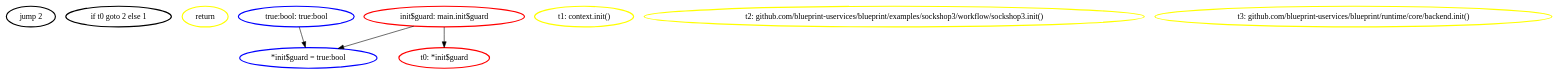
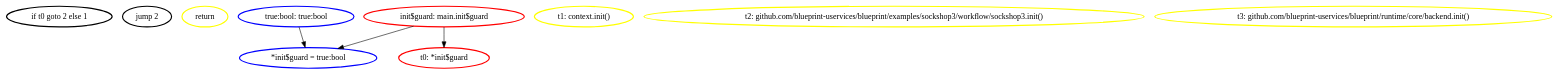
The diagram in ssa_analysis/analyzer/output/sockshop3/ssagraphs/main.init.dot (aletheia-microservices/aletheia), drawn with Graphviz before and after one commit. The commit also changed 419 other files, not shown here.

```diff
--- a/ssa_analysis/analyzer/output/sockshop3/ssagraphs/main.init.dot
+++ b/ssa_analysis/analyzer/output/sockshop3/ssagraphs/main.init.dot
@@ -1,20 +1,20 @@
 digraph G {
 	rankdir=TD;
-	N_instr__1035127335 [label="jump 2", style=bold, shape=ellipse, color="black"];
-	N_instr__1035127335 [label="jump 2", style=bold, shape=ellipse, color="black"];
-	N_instr__1952938122 [label="if t0 goto 2 else 1", style=bold, shape=ellipse, color="black"];
-	N_instr__1952938122 [label="if t0 goto 2 else 1", style=bold, shape=ellipse, color="black"];
-	N_instr_ret_886135956 [label="return", style=bold, shape=ellipse, color="yellow"];
-	N_instr_ret_886135956 [label="return", style=bold, shape=ellipse, color="yellow"];
-	N_instr_store_99562446 [label="*init$guard = true:bool", style=bold, shape=ellipse, color="blue"];
-	N_instr_store_99562446 [label="*init$guard = true:bool", style=bold, shape=ellipse, color="blue"];
+	N_instr__754195060 [label="if t0 goto 2 else 1", style=bold, shape=ellipse, color="black"];
+	N_instr__754195060 [label="if t0 goto 2 else 1", style=bold, shape=ellipse, color="black"];
+	N_instr__869870142 [label="jump 2", style=bold, shape=ellipse, color="black"];
+	N_instr__869870142 [label="jump 2", style=bold, shape=ellipse, color="black"];
+	N_instr_ret_3839790 [label="return", style=bold, shape=ellipse, color="yellow"];
+	N_instr_ret_3839790 [label="return", style=bold, shape=ellipse, color="yellow"];
+	N_instr_store_1605861640 [label="*init$guard = true:bool", style=bold, shape=ellipse, color="blue"];
+	N_instr_store_1605861640 [label="*init$guard = true:bool", style=bold, shape=ellipse, color="blue"];
 	N_val_callt1 [label="t1: context.init()", style=bold, shape=ellipse, color="yellow"];
 	N_val_callt2 [label="t2: github.com/blueprint-uservices/blueprint/examples/sockshop3/workflow/sockshop3.init()", style=bold, shape=ellipse, color="yellow"];
 	N_val_callt3 [label="t3: github.com/blueprint-uservices/blueprint/runtime/core/backend.init()", style=bold, shape=ellipse, color="yellow"];
 	N_val_globinit_guard [label="init$guard: main.init$guard", style=bold, shape=ellipse, color="red"];
 	N_val_true_bool [label="true:bool: true:bool", style=bold, shape=ellipse, color="blue"];
 	N_val_unaryt0 [label="t0: *init$guard", style=bold, shape=ellipse, color="red"];
 	N_val_globinit_guard -> N_val_unaryt0;
-	N_val_globinit_guard -> N_instr_store_99562446;
-	N_val_true_bool -> N_instr_store_99562446;
+	N_val_globinit_guard -> N_instr_store_1605861640;
+	N_val_true_bool -> N_instr_store_1605861640;
 }
```
